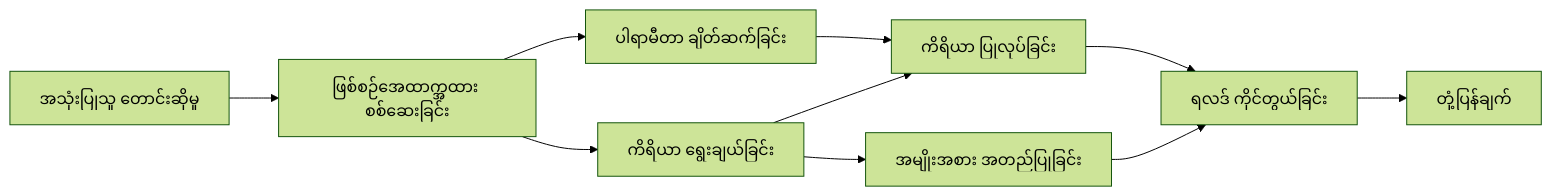
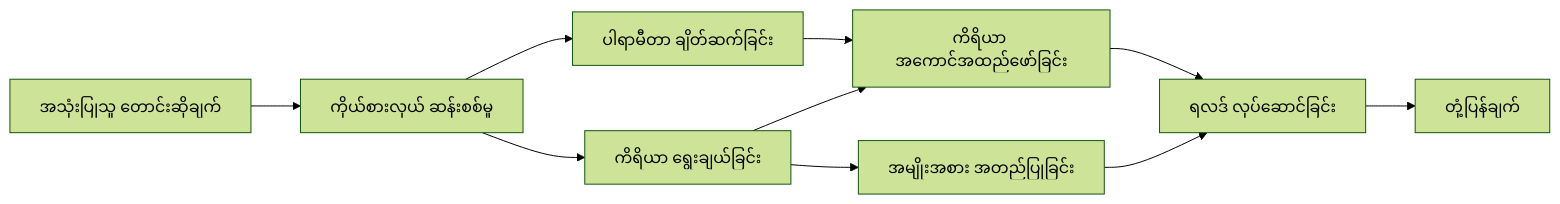
Before and after one commit to venturemavenwill/azureaifundamentals: the diagram in translations/my/04-tool-use/code_samples/04-dotnet-agent-framework.md, drawn with Mermaid (forest theme). The commit also changed other lines of this file and 2002 other files, not shown here.

````diff
--- a/translations/my/04-tool-use/code_samples/04-dotnet-agent-framework.md
+++ b/translations/my/04-tool-use/code_samples/04-dotnet-agent-framework.md
@@ -40,12 +40,12 @@
 ```mermaid
 graph LR
-    A[အသုံးပြုသူ တောင်းဆိုမှု] --> B[ဖြစ်စဉ်အေထာက္အထား စစ်ဆေးခြင်း]
+    A[အသုံးပြုသူ တောင်းဆိုချက်] --> B[ကိုယ်စားလှယ် ဆန်းစစ်မှု]
     B --> C[ကိရိယာ ရွေးချယ်ခြင်း]
     C --> D[အမျိုးအစား အတည်ပြုခြင်း]
     B --> E[ပါရာမီတာ ချိတ်ဆက်ခြင်း]
-    E --> F[ကိရိယာ ပြုလုပ်ခြင်း]
+    E --> F[ကိရိယာ အကောင်အထည်ဖော်ခြင်း]
     C --> F
-    F --> G[ရလဒ် ကိုင်တွယ်ခြင်း]
+    F --> G[ရလဒ် လုပ်ဆောင်ခြင်း]
     D --> G
     G --> H[တုံ့ပြန်ချက်]
 ```
````
